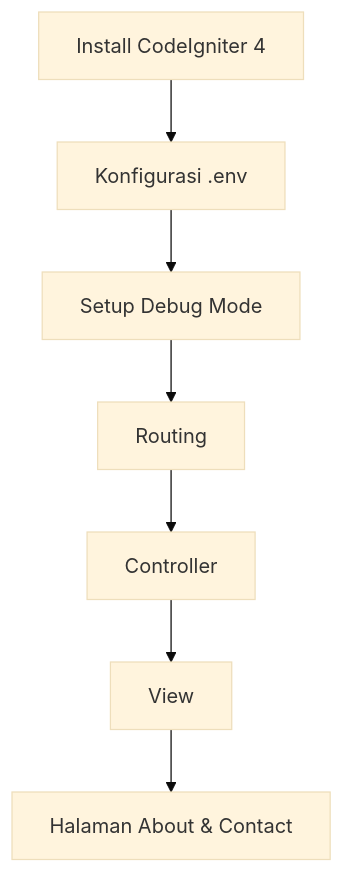
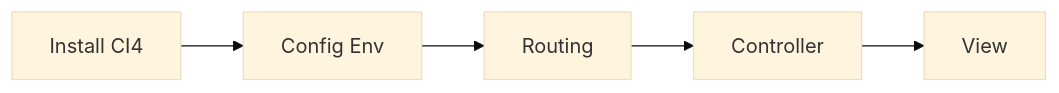
Before and after one commit to dnrprsty/Web2_Praktikum: the third of 10 diagrams in README.md, drawn with Mermaid (base theme). The commit also changed other lines of this file, not shown here.

````diff
--- a/README.md
+++ b/README.md
@@ -52,9 +205,7 @@
 ```mermaid
-flowchart TD
-    A[Install CodeIgniter 4] --> B[Konfigurasi .env]
-    B --> C[Setup Debug Mode]
-    C --> D[Routing]
-    D --> E[Controller]
-    E --> F[View]
-    F --> G[Halaman About & Contact]
+flowchart LR
+    A[Install CI4] --> B[Config Env]
+    B --> C[Routing]
+    C --> D[Controller]
+    D --> E[View]
 ```
````
